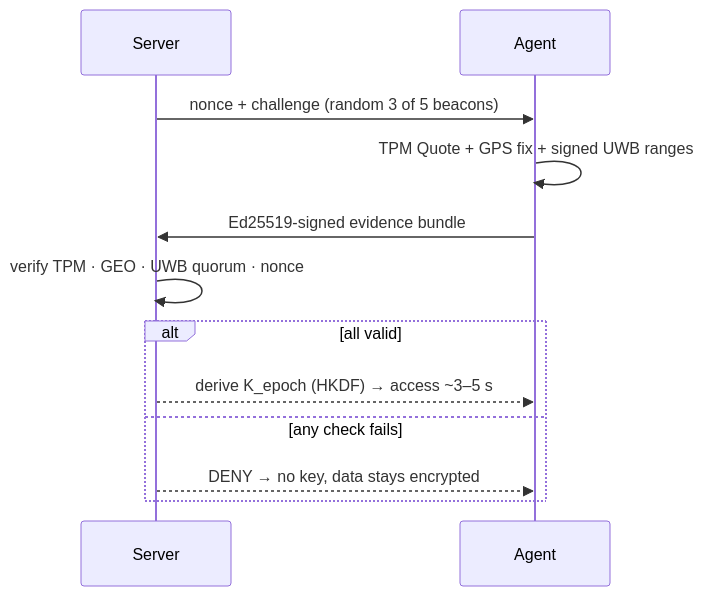
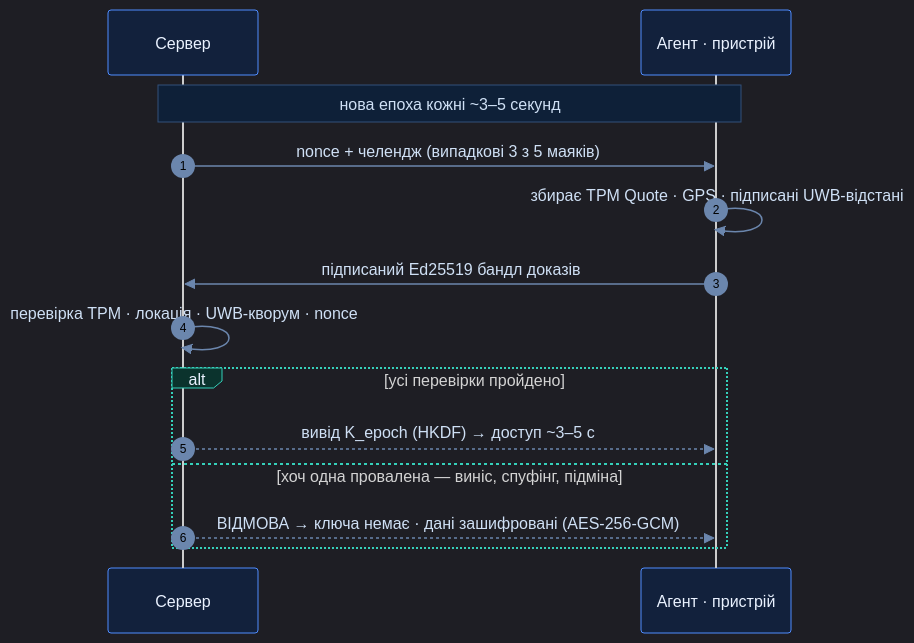
The second of 3 diagrams in README.md (pnimtsovych/TrustBound), drawn with Mermaid before and after one commit. The commit also changed other lines of this file and 1 other file, not shown here.

````diff
--- a/README.md
+++ b/README.md
@@ -41,14 +59,17 @@
 ```mermaid
+%%{init: {'theme':'dark','themeVariables':{'actorBkg':'#12213c','actorBorder':'#4f8cff','actorTextColor':'#eaf2ff','signalColor':'#6b86ad','signalTextColor':'#cfe0f5','noteBkgColor':'#0e2038','noteTextColor':'#cfe0f5','noteBorderColor':'#33507a','labelBoxBkgColor':'#0b332d','labelBoxBorderColor':'#35d0ba','labelTextColor':'#eaf2ff'}}}%%
 sequenceDiagram
-  participant S as Server
-  participant A as Agent
-  S->>A: nonce + challenge (random 3 of 5 beacons)
-  A->>A: TPM Quote + GPS fix + signed UWB ranges
-  A->>S: Ed25519-signed evidence bundle
-  S->>S: verify TPM · GEO · UWB quorum · nonce
-  alt all valid
-    S-->>A: derive K_epoch (HKDF) → access ~3–5 s
-  else any check fails
-    S-->>A: DENY → no key, data stays encrypted
+  autonumber
+  participant S as Сервер
+  participant A as Агент · пристрій
+  Note over S,A: нова епоха кожні ~3–5 секунд
+  S->>A: nonce + челендж (випадкові 3 з 5 маяків)
+  A->>A: збирає TPM Quote · GPS · підписані UWB-відстані
+  A->>S: підписаний Ed25519 бандл доказів
+  S->>S: перевірка TPM · локація · UWB-кворум · nonce
+  alt  усі перевірки пройдено
+    S-->>A: вивід K_epoch (HKDF) → доступ ~3–5 с
+  else  хоч одна провалена — виніс, спуфінг, підміна
+    S-->>A: ВІДМОВА → ключа немає · дані зашифровані (AES-256-GCM)
   end
 ```
````
